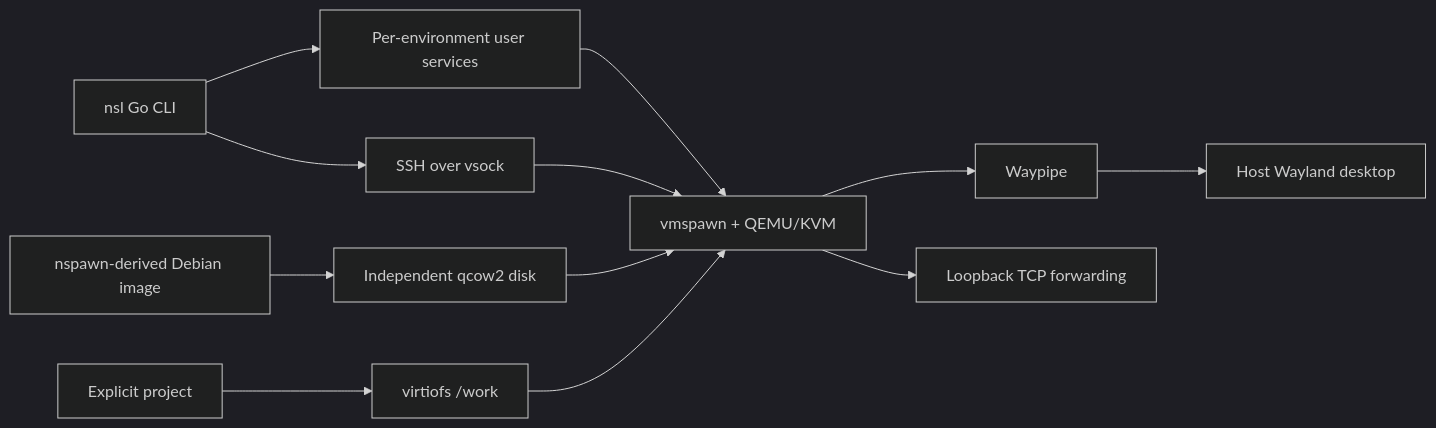
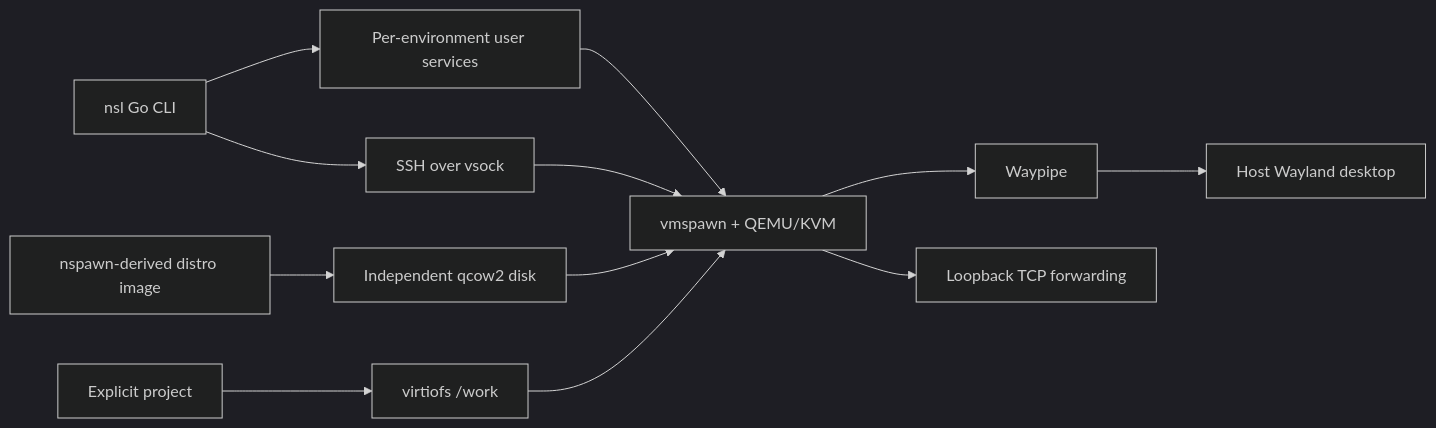
One commit to frostyard/nsl changed the diagram in docs/design/lifecycle.md. Above: the diagram before and after it, drawn with Mermaid (dark theme). The commit also changed other lines of this file and 42 other files, not shown here.

````diff
--- a/docs/design/lifecycle.md
+++ b/docs/design/lifecycle.md
@@ -9,14 +9,14 @@
 ```mermaid
 flowchart LR
     CLI[nsl Go CLI] --> Units[Per-environment user services]
     Units --> VM[vmspawn + QEMU/KVM]
-    Image[nspawn-derived Debian image] --> Disk[Independent qcow2 disk]
+    Image[nspawn-derived distro image] --> Disk[Independent qcow2 disk]
     Disk --> VM
     CLI --> SSH[SSH over vsock]
     SSH --> VM
     Project[Explicit project] --> FS[virtiofs /work]
     FS --> VM
     VM --> Waypipe[Waypipe]
     Waypipe --> Desktop[Host Wayland desktop]
     VM --> Ports[Loopback TCP forwarding]
 ```
````
